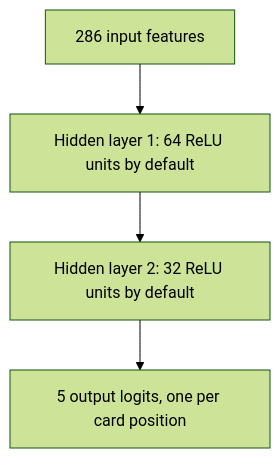
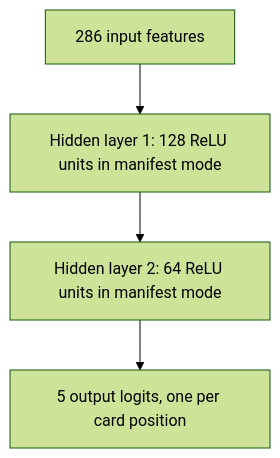
The third of 3 diagrams in docs/ml_architecture.md (gordon-pusnik/equilibrium), drawn with Mermaid (forest theme) before and after one commit. The commit also changed other lines of this file and 8 other files, not shown here.

````diff
--- a/docs/ml_architecture.md
+++ b/docs/ml_architecture.md
@@ -66,11 +68,11 @@
 ```mermaid
 flowchart TD
     X["286 input features"]
-    H1["Hidden layer 1: 64 ReLU units by default"]
-    H2["Hidden layer 2: 32 ReLU units by default"]
+    H1["Hidden layer 1: 128 ReLU units in manifest mode"]
+    H2["Hidden layer 2: 64 ReLU units in manifest mode"]
     O["5 output logits, one per card position"]
 
     X --> H1
     H1 --> H2
     H2 --> O
 ```
````
